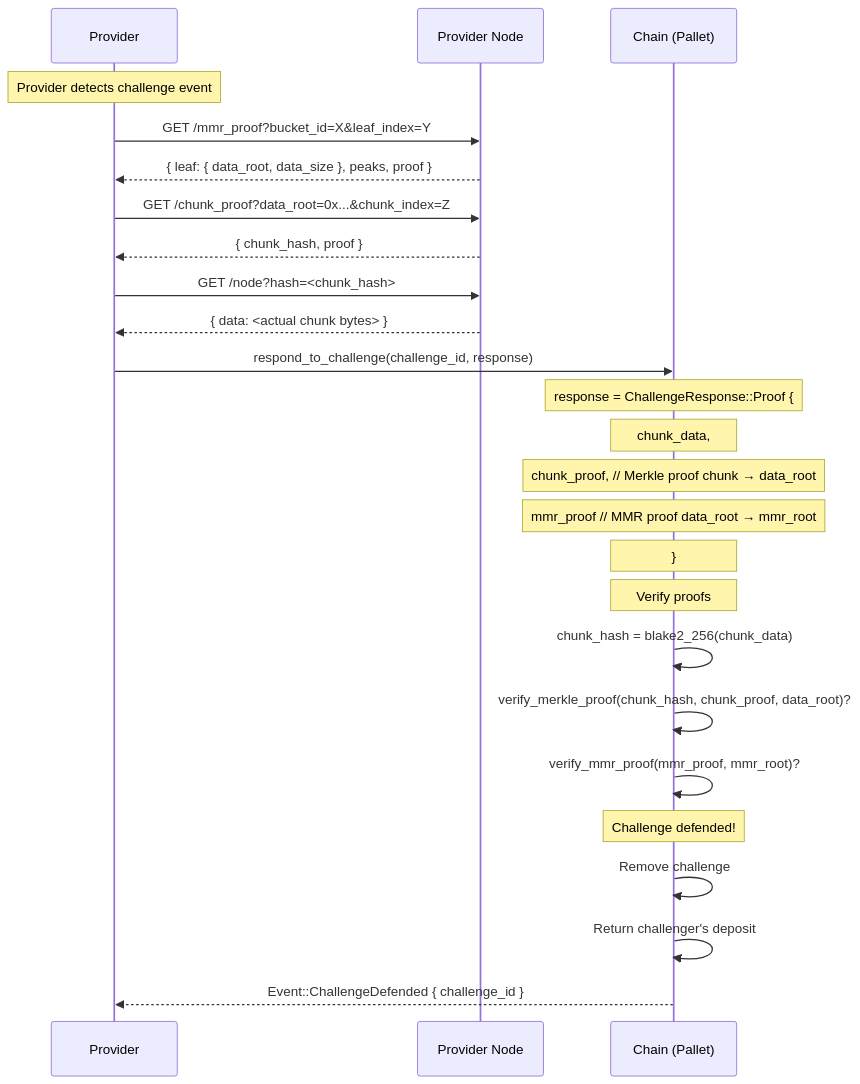
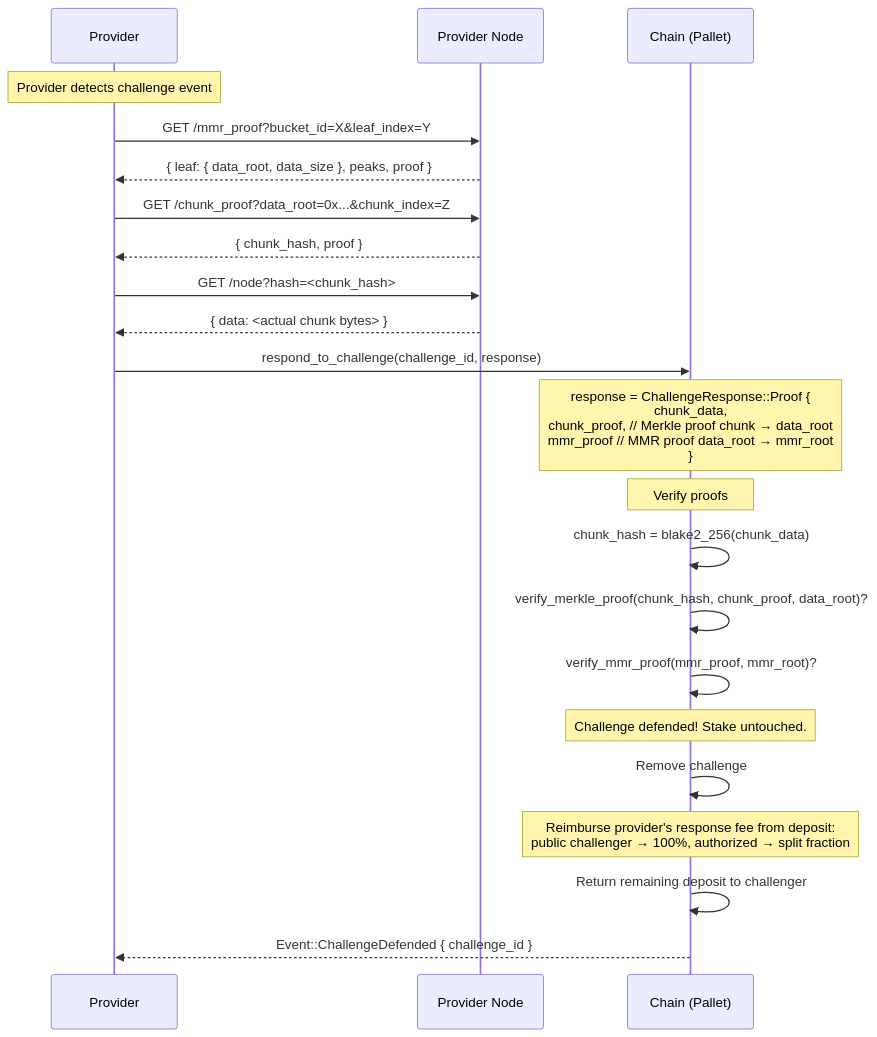
One commit to paritytech/web3-storage changed the tenth of 13 diagrams in docs/reference/EXECUTION_FLOWS.md. Above: the diagram before and after it, drawn with Mermaid. The commit also changed other lines of this file and 3 other files, not shown here.

````diff
--- a/docs/reference/EXECUTION_FLOWS.md
+++ b/docs/reference/EXECUTION_FLOWS.md
@@ -504,36 +467,33 @@
 ```mermaid
 sequenceDiagram
     participant P as Provider
     participant PN as Provider Node
     participant C as Chain (Pallet)
 
     Note over P: Provider detects challenge event
 
     P->>PN: GET /mmr_proof?bucket_id=X&leaf_index=Y
     PN-->>P: { leaf: { data_root, data_size }, peaks, proof }
 
     P->>PN: GET /chunk_proof?data_root=0x...&chunk_index=Z
     PN-->>P: { chunk_hash, proof }
 
     P->>PN: GET /node?hash=<chunk_hash>
     PN-->>P: { data: <actual chunk bytes> }
 
     P->>C: respond_to_challenge(challenge_id, response)
 
-    Note over C: response = ChallengeResponse::Proof {
-    Note over C:   chunk_data,
-    Note over C:   chunk_proof,  // Merkle proof chunk → data_root
-    Note over C:   mmr_proof     // MMR proof data_root → mmr_root
-    Note over C: }
+    Note over C: response = ChallengeResponse::Proof {<br/> chunk_data,<br/> chunk_proof, // Merkle proof chunk → data_root<br/> mmr_proof // MMR proof data_root → mmr_root<br/>}
 
     Note over C: Verify proofs
     C->>C: chunk_hash = blake2_256(chunk_data)
     C->>C: verify_merkle_proof(chunk_hash, chunk_proof, data_root)?
     C->>C: verify_mmr_proof(mmr_proof, mmr_root)?
 
-    Note over C: Challenge defended!
+    Note over C: Challenge defended! Stake untouched.
     C->>C: Remove challenge
-    C->>C: Return challenger's deposit
+    Note over C: Reimburse provider's response fee from deposit:<br/>public challenger → 100%, authorized → split fraction
+    C->>C: Return remaining deposit to challenger
 
     C-->>P: Event::ChallengeDefended { challenge_id }
 ```
````
